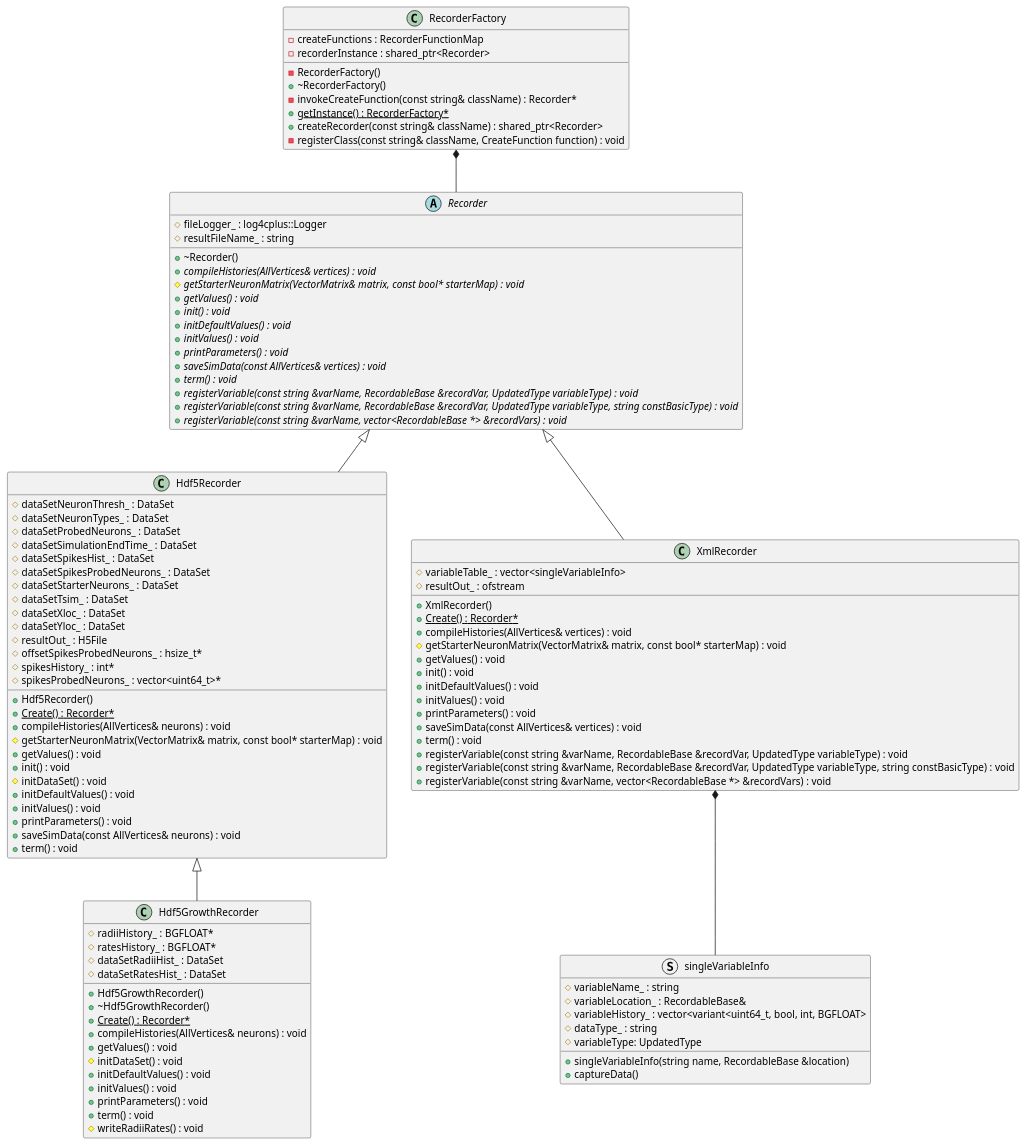
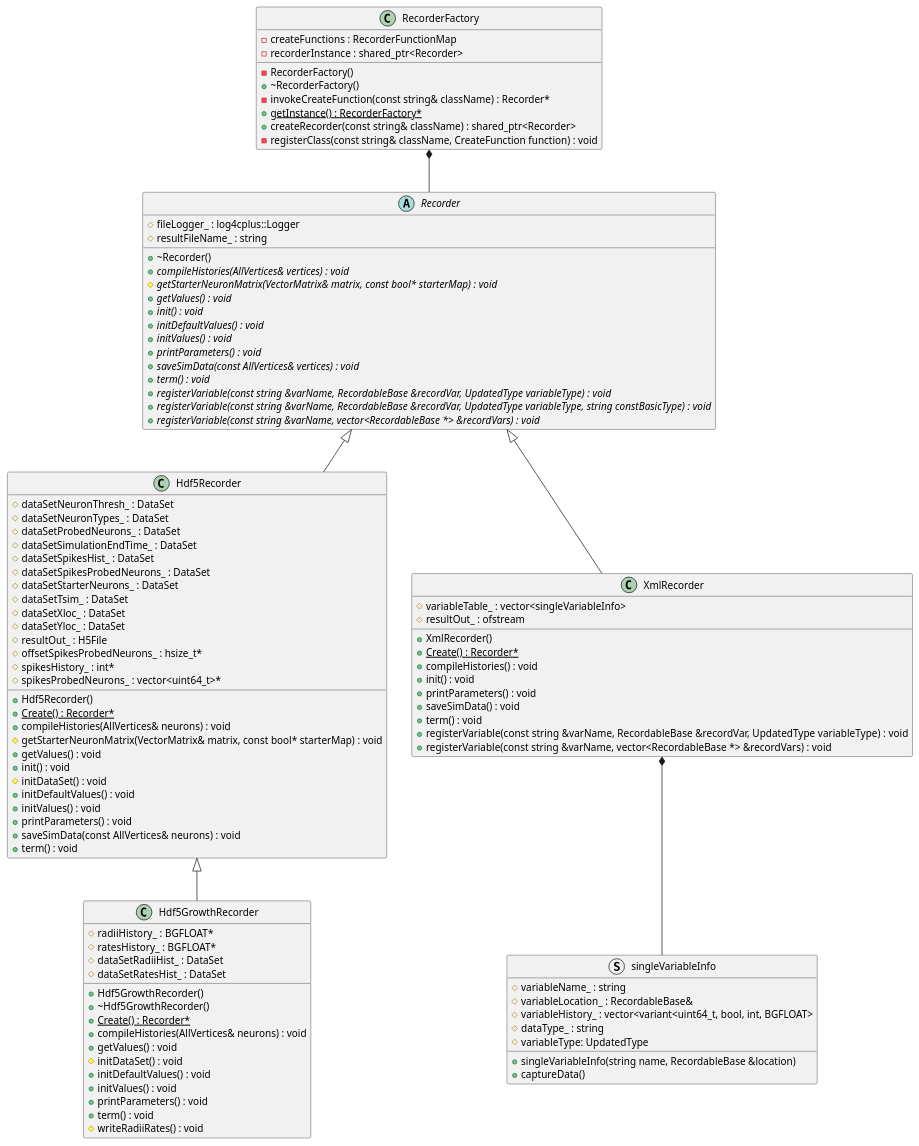
The diagram in docs/Developer/ClassDiagrams/recorder.puml (UWB-Biocomputing/Graphitti), drawn with PlantUML before and after one commit. The commit also changed 15 other files, not shown here.

Commit message:
changed inheritance to aggregation for RecordableVector template

```diff
--- a/docs/Developer/ClassDiagrams/recorder.puml
+++ b/docs/Developer/ClassDiagrams/recorder.puml
@@ -1,153 +1,148 @@
 @startuml RecorderClassDiagram
 
 
 
 
 
 /' Objects '/
 
 class Hdf5GrowthRecorder {
 	+Hdf5GrowthRecorder()
 	+~Hdf5GrowthRecorder()
 	#radiiHistory_ : BGFLOAT*
 	#ratesHistory_ : BGFLOAT*
 	#dataSetRadiiHist_ : DataSet
 	#dataSetRatesHist_ : DataSet
 	+{static} Create() : Recorder*
 	+compileHistories(AllVertices& neurons) : void
 	+getValues() : void
 	#initDataSet() : void
 	+initDefaultValues() : void
 	+initValues() : void
 	+printParameters() : void
 	+term() : void
 	#writeRadiiRates() : void
 }
 
 
 class Hdf5Recorder {
 	+Hdf5Recorder()
 	#dataSetNeuronThresh_ : DataSet
 	#dataSetNeuronTypes_ : DataSet
 	#dataSetProbedNeurons_ : DataSet
 	#dataSetSimulationEndTime_ : DataSet
 	#dataSetSpikesHist_ : DataSet
 	#dataSetSpikesProbedNeurons_ : DataSet
 	#dataSetStarterNeurons_ : DataSet
 	#dataSetTsim_ : DataSet
 	#dataSetXloc_ : DataSet
 	#dataSetYloc_ : DataSet
 	#resultOut_ : H5File
 	+{static} Create() : Recorder*
 	#offsetSpikesProbedNeurons_ : hsize_t*
 	#spikesHistory_ : int*
 	#spikesProbedNeurons_ : vector<uint64_t>*
 	+compileHistories(AllVertices& neurons) : void
 	#getStarterNeuronMatrix(VectorMatrix& matrix, const bool* starterMap) : void
 	+getValues() : void
 	+init() : void
 	#initDataSet() : void
 	+initDefaultValues() : void
 	+initValues() : void
 	+printParameters() : void
 	+saveSimData(const AllVertices& neurons) : void
 	+term() : void
 }
 
 
 abstract class Recorder {
 	+~Recorder()
 	#fileLogger_ : log4cplus::Logger
 	#resultFileName_ : string
 	+{abstract} compileHistories(AllVertices& vertices) : void
 	#{abstract} getStarterNeuronMatrix(VectorMatrix& matrix, const bool* starterMap) : void
 	+{abstract} getValues() : void
 	+{abstract} init() : void
 	+{abstract} initDefaultValues() : void
 	+{abstract} initValues() : void
 	+{abstract} printParameters() : void
 	+{abstract} saveSimData(const AllVertices& vertices) : void
 	+{abstract} term() : void
 	+{abstract} registerVariable(const string &varName, RecordableBase &recordVar, UpdatedType variableType) : void
 	+{abstract} registerVariable(const string &varName, RecordableBase &recordVar, UpdatedType variableType, string constBasicType) : void
 	+{abstract} registerVariable(const string &varName, vector<RecordableBase *> &recordVars) : void
 }
 
 
 class RecorderFactory {
 	-RecorderFactory()
 	+~RecorderFactory()
 	-invokeCreateFunction(const string& className) : Recorder*
 	+{static} getInstance() : RecorderFactory*
 	-createFunctions : RecorderFunctionMap
 	+createRecorder(const string& className) : shared_ptr<Recorder>
 	-recorderInstance : shared_ptr<Recorder>
 	-registerClass(const string& className, CreateFunction function) : void
 }
 
 
 class XmlRecorder {
 	+XmlRecorder()
 	+{static} Create() : Recorder*
 	#variableTable_ : vector<singleVariableInfo>
 	#resultOut_ : ofstream
-	+compileHistories(AllVertices& vertices) : void
-	#getStarterNeuronMatrix(VectorMatrix& matrix, const bool* starterMap) : void
-	+getValues() : void
+	+compileHistories() : void
 	+init() : void
-	+initDefaultValues() : void
-	+initValues() : void
 	+printParameters() : void
-	+saveSimData(const AllVertices& vertices) : void
+	+saveSimData() : void
 	+term() : void
 	+registerVariable(const string &varName, RecordableBase &recordVar, UpdatedType variableType) : void
-	+registerVariable(const string &varName, RecordableBase &recordVar, UpdatedType variableType, string constBasicType) : void
 	+registerVariable(const string &varName, vector<RecordableBase *> &recordVars) : void
 	
 	/' methods only used for unit test 
 	+XmlRecorder(string fileName_)
 	+getVariableName(int numIndex) const : const string&
 	+getSingleVariable(int numIndex) const : &RecordableBase
 	+getHistory() const : const &vector<variant<uint64_t, bool, int, BGFLOAT>>
 	'/
 }
 
 struct singleVariableInfo {
 	#variableName_ : string
 	#variableLocation_ : RecordableBase&
 	#variableHistory_ : vector<variant<uint64_t, bool, int, BGFLOAT>
 	#dataType_ : string
 	#variableType: UpdatedType
 	+singleVariableInfo(string name, RecordableBase &location)
 	+captureData()
 }
 
 
 
 /' Inheritance relationships '/
 
 .Hdf5Recorder <|-- .Hdf5GrowthRecorder
 
 
 .Recorder <|-- .Hdf5Recorder
 
 
 .Recorder <|-- .XmlRecorder
 
 
 /' Aggregation relationships '/
 
 .RecorderFactory *-- .Recorder
 
 /' Composition relationships '/
 
 .XmlRecorder *-- .singleVariableInfo
 
 
 
 
 /' Nested objects '/
 
 
 
 @enduml
```
